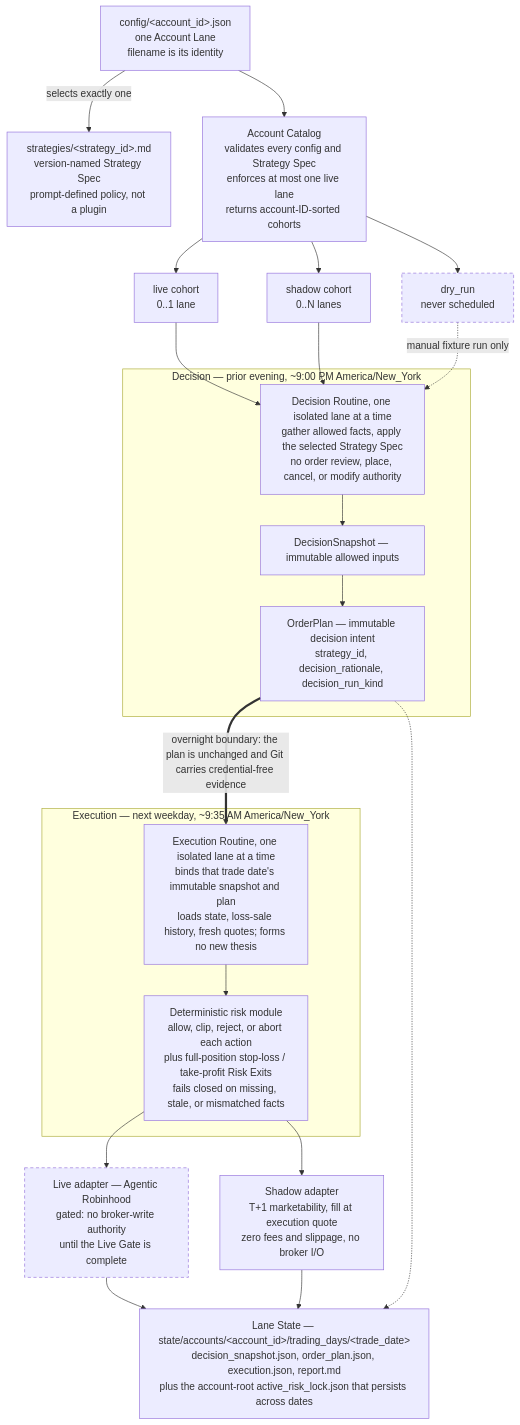
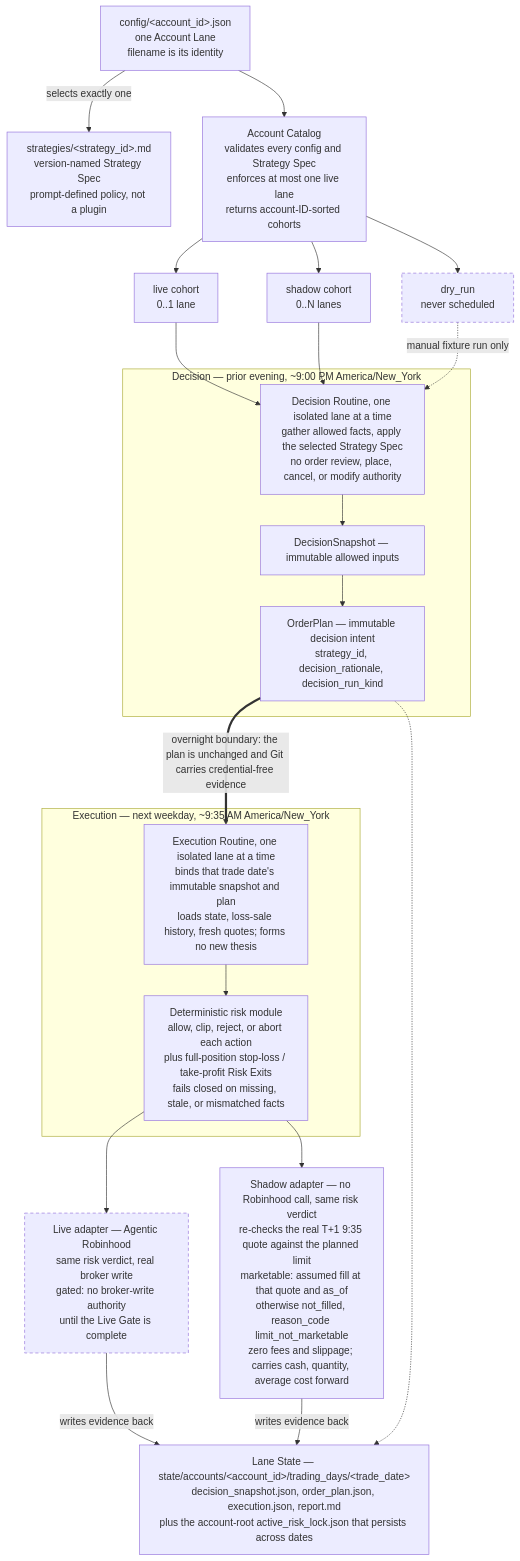
Before and after one commit to Alicia1529/ripple-agentic-trading: the diagram in docs/ARCHITECTURE.md, drawn with Mermaid. The commit also changed 3 other files, not shown here.

First line of the commit message:
Docs: correct the shadow branch in the system diagrams

````diff
--- a/docs/ARCHITECTURE.md
+++ b/docs/ARCHITECTURE.md
@@ -9,43 +9,43 @@
 ```mermaid
 flowchart TD
     CFG["config/&lt;account_id&gt;.json<br/>one Account Lane<br/>filename is its identity"]
     SPEC["strategies/&lt;strategy_id&gt;.md<br/>version-named Strategy Spec<br/>prompt-defined policy, not a plugin"]
     CAT["Account Catalog<br/>validates every config and Strategy Spec<br/>enforces at most one live lane<br/>returns account-ID-sorted cohorts"]
 
     CFG -->|"selects exactly one"| SPEC
     CFG --> CAT
 
     CAT --> LIVE["live cohort<br/>0..1 lane"]
     CAT --> SHDW["shadow cohort<br/>0..N lanes"]
     CAT --> DRY["dry_run<br/>never scheduled"]
 
     subgraph DEC_G["Decision — prior evening, ~9:00 PM America/New_York"]
         DEC["Decision Routine, one isolated lane at a time<br/>gather allowed facts, apply the selected Strategy Spec<br/>no order review, place, cancel, or modify authority"]
         SNAP["DecisionSnapshot — immutable allowed inputs"]
         PLAN["OrderPlan — immutable decision intent<br/>strategy_id, decision_rationale, decision_run_kind"]
         DEC --> SNAP --> PLAN
     end
 
     LIVE --> DEC
     SHDW --> DEC
     DRY -.->|"manual fixture run only"| DEC
 
     PLAN ==>|"overnight boundary: the plan is unchanged and Git carries credential-free evidence"| EXE
 
     subgraph EXE_G["Execution — next weekday, ~9:35 AM America/New_York"]
         EXE["Execution Routine, one isolated lane at a time<br/>binds that trade date's immutable snapshot and plan<br/>loads state, loss-sale history, fresh quotes; forms no new thesis"]
         RISK["Deterministic risk module<br/>allow, clip, reject, or abort each action<br/>plus full-position stop-loss / take-profit Risk Exits<br/>fails closed on missing, stale, or mismatched facts"]
         EXE --> RISK
     end
 
-    RISK --> LADP["Live adapter — Agentic Robinhood<br/>gated: no broker-write authority<br/>until the Live Gate is complete"]
-    RISK --> SADP["Shadow adapter<br/>T+1 marketability, fill at execution quote<br/>zero fees and slippage, no broker I/O"]
+    RISK --> LADP["Live adapter — Agentic Robinhood<br/>same risk verdict, real broker write<br/>gated: no broker-write authority<br/>until the Live Gate is complete"]
+    RISK --> SADP["Shadow adapter — no Robinhood call, same risk verdict<br/>re-checks the real T+1 9:35 quote against the planned limit<br/>marketable: assumed fill at that quote and as_of<br/>otherwise not_filled, reason_code limit_not_marketable<br/>zero fees and slippage; carries cash, quantity, average cost forward"]
 
-    LADP --> ST
-    SADP --> ST
+    LADP -->|"writes evidence back"| ST
+    SADP -->|"writes evidence back"| ST
     PLAN -.-> ST
     ST["Lane State — state/accounts/&lt;account_id&gt;/trading_days/&lt;trade_date&gt;<br/>decision_snapshot.json, order_plan.json, execution.json, report.md<br/>plus the account-root active_risk_lock.json that persists across dates"]
 
     classDef gated stroke-dasharray: 5 4;
     class LADP,DRY gated;
 ```
````
